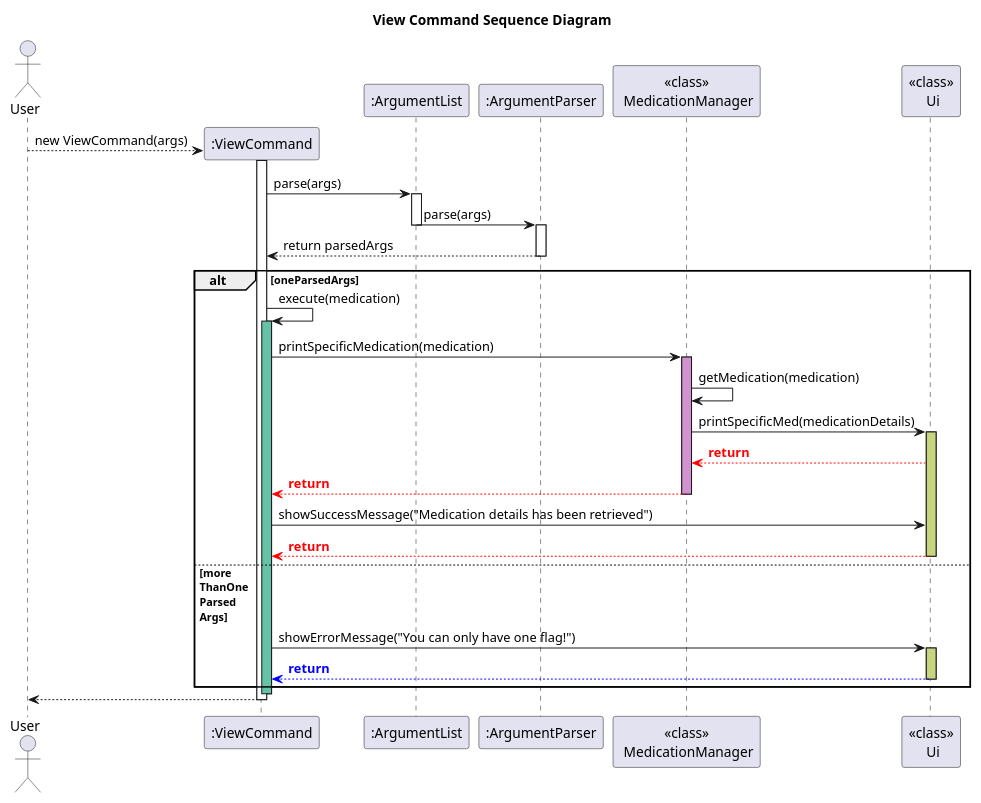
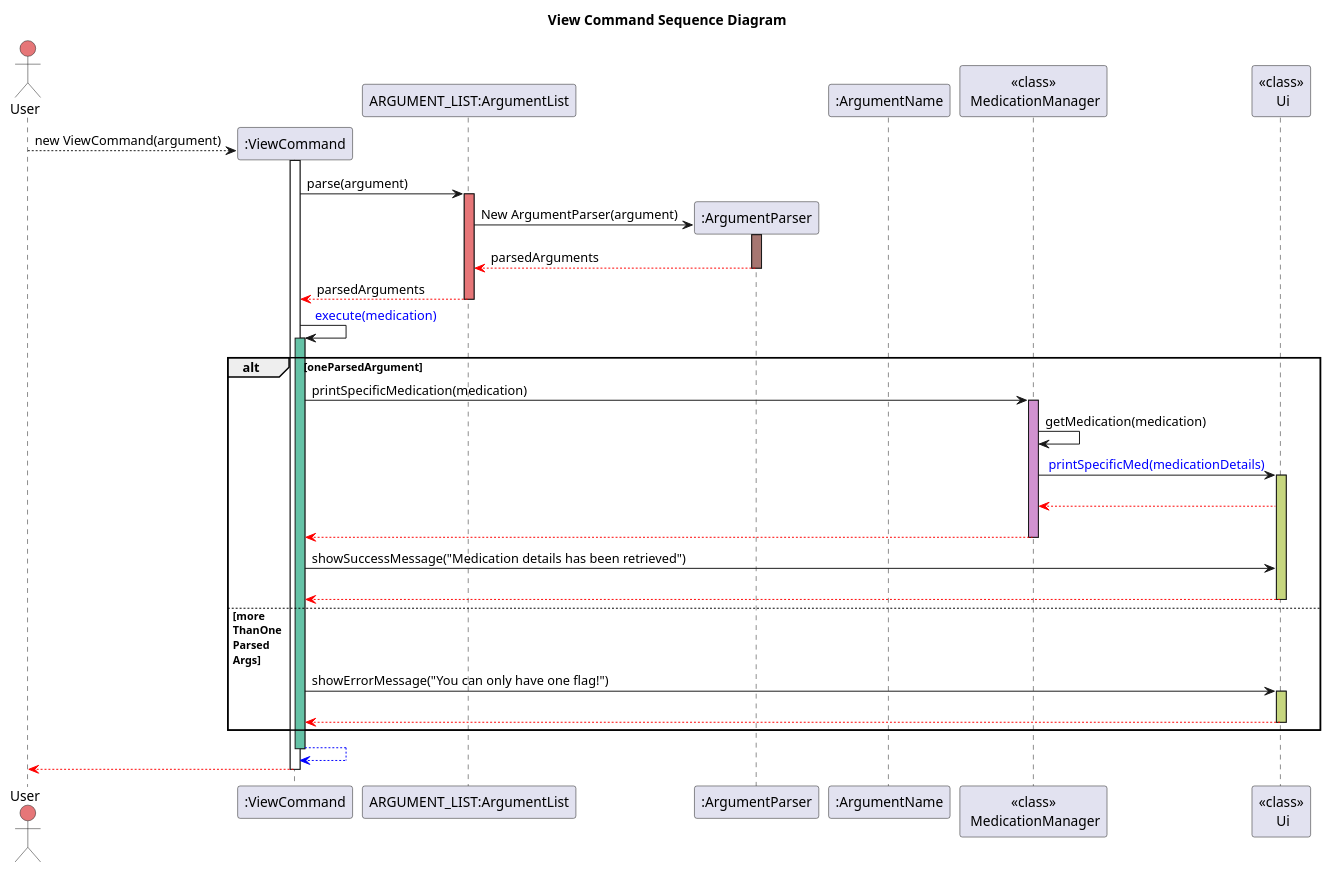
One commit to e0958902/tp changed the diagram in docs/diagrams/ViewCommand.puml. Above: the diagram before and after it, drawn with PlantUML. The commit also changed 1 other file, not shown here.

Commit message:
Update DG Sequence Diagram

```diff
--- a/docs/diagrams/ViewCommand.puml
+++ b/docs/diagrams/ViewCommand.puml
@@ -1,52 +1,53 @@
 @startuml
 
-actor User
+actor User #e67678
 title View Command Sequence Diagram
 participant ":ViewCommand" as ViewCommand
-participant ":ArgumentList" as ArgumentList
+participant "ARGUMENT_LIST:ArgumentList" as ArgumentList
 participant ":ArgumentParser" as ArgumentParser
+participant ":ArgumentName" as ArgumentName
 participant "<<class>>\n MedicationManager" as MedicationManager
 participant "<<class>>\n Ui" as Ui
 
-User --> ViewCommand ** : new ViewCommand(args)
+User --> ViewCommand ** : new ViewCommand(argument)
 activate ViewCommand
-ViewCommand -> ArgumentList: parse(args)
-
-activate ArgumentList
-ArgumentList -> ArgumentParser: parse(args)
+ViewCommand -> ArgumentList: parse(argument)
+activate ArgumentList #e67678
+ArgumentList -> ArgumentParser ** : New ArgumentParser(argument)
+activate ArgumentParser #a67671
+ArgumentParser --[#red]> ArgumentList: parsedArguments
+deactivate ArgumentParser
+ArgumentList --[#red]> ViewCommand: parsedArguments
 deactivate ArgumentList
 
-activate ArgumentParser
-ArgumentParser --> ViewCommand: return parsedArgs
-deactivate ArgumentParser
+ViewCommand -> ViewCommand: <font color=blue> execute(medication)
+activate ViewCommand #65c2a6
 
-alt #transparent oneParsedArgs
-    ViewCommand -> ViewCommand: execute(medication)
-    activate ViewCommand #65c2a6
+    alt oneParsedArgument
+        ViewCommand -> MedicationManager: printSpecificMedication(medication)
+        activate MedicationManager #d192d0
+        MedicationManager -> MedicationManager: getMedication(medication)
 
-    ViewCommand -> MedicationManager: printSpecificMedication(medication)
-    activate MedicationManager #d192d0
-    MedicationManager -> MedicationManager: getMedication(medication)
+        MedicationManager -> Ui: <font color=blue> printSpecificMed(medicationDetails)
+        activate Ui #c6d67e
+        Ui --[#red]> MedicationManager: <font color=red>
+        MedicationManager --[#red]> ViewCommand: <font color=red>
+        deactivate MedicationManager
 
-    MedicationManager -> Ui: printSpecificMed(medicationDetails)
-    activate Ui #c6d67e
-    Ui --[#red]> MedicationManager: <font color=red><b>return
-    MedicationManager --[#red]> ViewCommand: <font color=red><b>return
-    deactivate MedicationManager
+        ViewCommand -> Ui: showSuccessMessage("Medication details has been retrieved")
+        Ui --[#red]> ViewCommand: <font color=red>
+        deactivate Ui
 
-    ViewCommand -> Ui: showSuccessMessage("Medication details has been retrieved")
-    Ui --[#red]> ViewCommand: <font color=red><b>return
-    deactivate Ui
+    else #transparent more\nThanOne\nParsed\nArgs
+        ViewCommand -> Ui: showErrorMessage("You can only have one flag!")
+        activate Ui #c6d67e
+        Ui --[#red]> ViewCommand: <font color=red>
+        deactivate Ui
+    end
 
-else #transparent more\nThanOne\nParsed\nArgs
-    ViewCommand -> Ui: showErrorMessage("You can only have one flag!")
-    activate Ui #c6d67e
-    Ui --[#blue]> ViewCommand: <font color=blue><b>return
-    deactivate Ui
-end
-
+ViewCommand --[#blue]> ViewCommand
 deactivate ViewCommand
-User <-- ViewCommand
+User <[#red]-- ViewCommand
 deactivate ViewCommand
 
 @enduml
```
